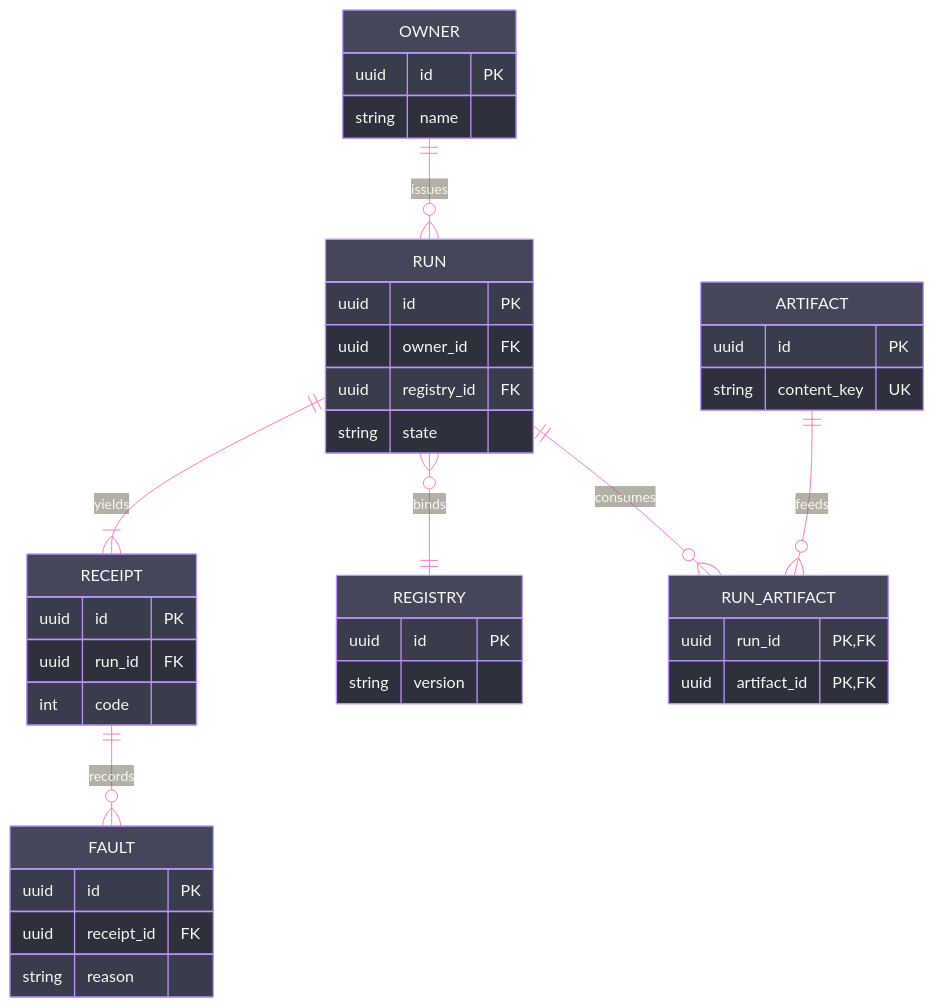
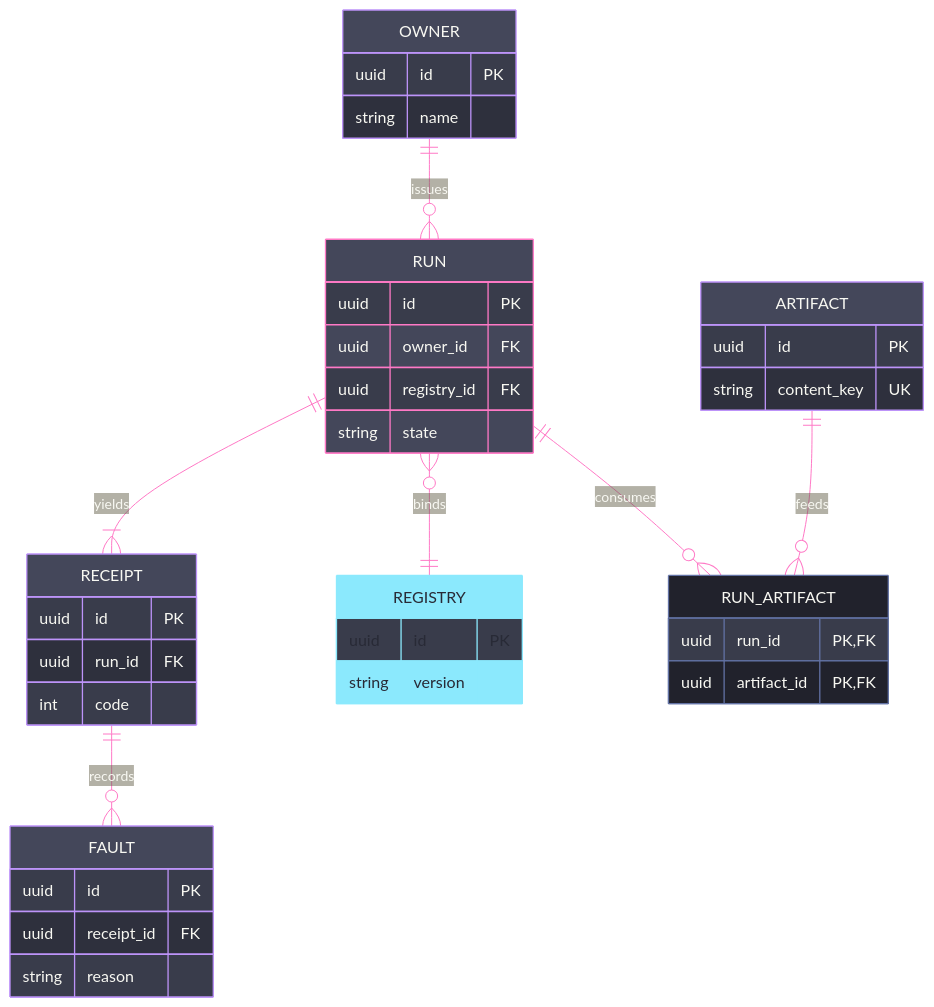
The diagram in .claude/skills/mermaid-diagramming/templates/schema.mmd.md (bsamiee/Rasm), drawn with Mermaid before and after one commit. The commit also changed other lines of this file and 55 other files, not shown here.

````diff
--- a/.claude/skills/mermaid-diagramming/templates/schema.mmd.md
+++ b/.claude/skills/mermaid-diagramming/templates/schema.mmd.md
@@ -5,59 +5,66 @@
 ```mermaid
 ---
 config:
   theme: base
   themeVariables:
     darkMode: true
     background: "#282A36"
     primaryColor: "#44475A"
     primaryTextColor: "#F8F8F2"
     primaryBorderColor: "#BD93F9"
     lineColor: "#FF79C6"
     textColor: "#F8F8F2"
     nodeBorder: "#BD93F9"
     edgeLabelBackground: "#282A36"
     attributeBackgroundColorOdd: "#282A36"
     attributeBackgroundColorEven: "#21222C"
+    fontFamily: "monospace"
 ---
 erDiagram
     accTitle: Persistent entity schema
     accDescr: Typed entities around one aggregate root, every relationship backed by its foreign key and a junction entity resolving the many-to-many.
     OWNER ||--o{ RUN : issues
     RUN ||--|{ RECEIPT : yields
     RUN }o--|| REGISTRY : binds
     RECEIPT ||--o{ FAULT : records
     RUN ||--o{ RUN_ARTIFACT : consumes
     ARTIFACT ||--o{ RUN_ARTIFACT : feeds
     OWNER {
         uuid id PK
         string name
     }
     RUN {
         uuid id PK
         uuid owner_id FK
         uuid registry_id FK
         string state
     }
     RECEIPT {
         uuid id PK
         uuid run_id FK
         int code
     }
     REGISTRY {
         uuid id PK
         string version
     }
     FAULT {
         uuid id PK
         uuid receipt_id FK
         string reason
     }
     ARTIFACT {
         uuid id PK
         string content_key UK
     }
     RUN_ARTIFACT {
         uuid run_id PK, FK
         uuid artifact_id PK, FK
     }
+    classDef primary fill:#44475A,stroke:#FF79C6,color:#F8F8F2
+    classDef recessed fill:#21222C,stroke:#6272A4,color:#F8F8F2
+    classDef external fill:#8BE9FD,stroke:#8BE9FD,color:#282A36
+    class RUN primary
+    class RUN_ARTIFACT recessed
+    class REGISTRY external
 ```
````
